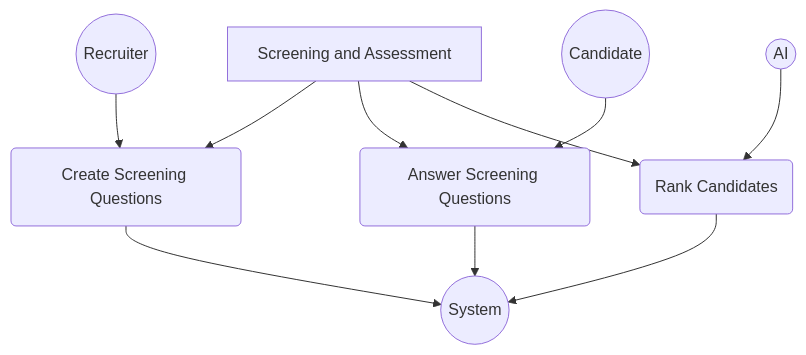
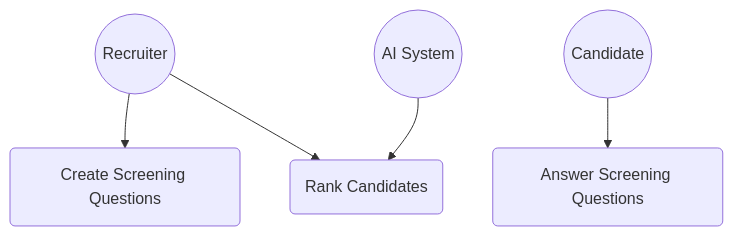
One commit to rgarciademarina/AI4Devs-design-rgm changed the sixth of 26 diagrams in LTI-JACA/LTI-JACA.md. Above: the diagram before and after it, drawn with Mermaid. The commit also changed other lines of this file and 1 other file, not shown here.

Commit message:
Improve diagrams after feedback provided in class to make them more consistent

````diff
--- a/LTI-JACA/LTI-JACA.md
+++ b/LTI-JACA/LTI-JACA.md
@@ -598,15 +557,7 @@
 ```mermaid
 graph TD
-    A[Screening and Assessment]
-    A --> B(Create Screening Questions)
-    A --> C(Answer Screening Questions)
-    A --> D(Rank Candidates)
-    
-    B --> E((System))
-    C --> E
-    D --> E
-    
-    F((Recruiter)) --> B
-    G((Candidate)) --> C
-    H((AI)) --> D
+    F((Recruiter)) --> B(Create Screening Questions)
+    G((Candidate)) --> C(Answer Screening Questions)
+    H((AI System)) --> D(Rank Candidates)
+    F --> D
 ```
````
